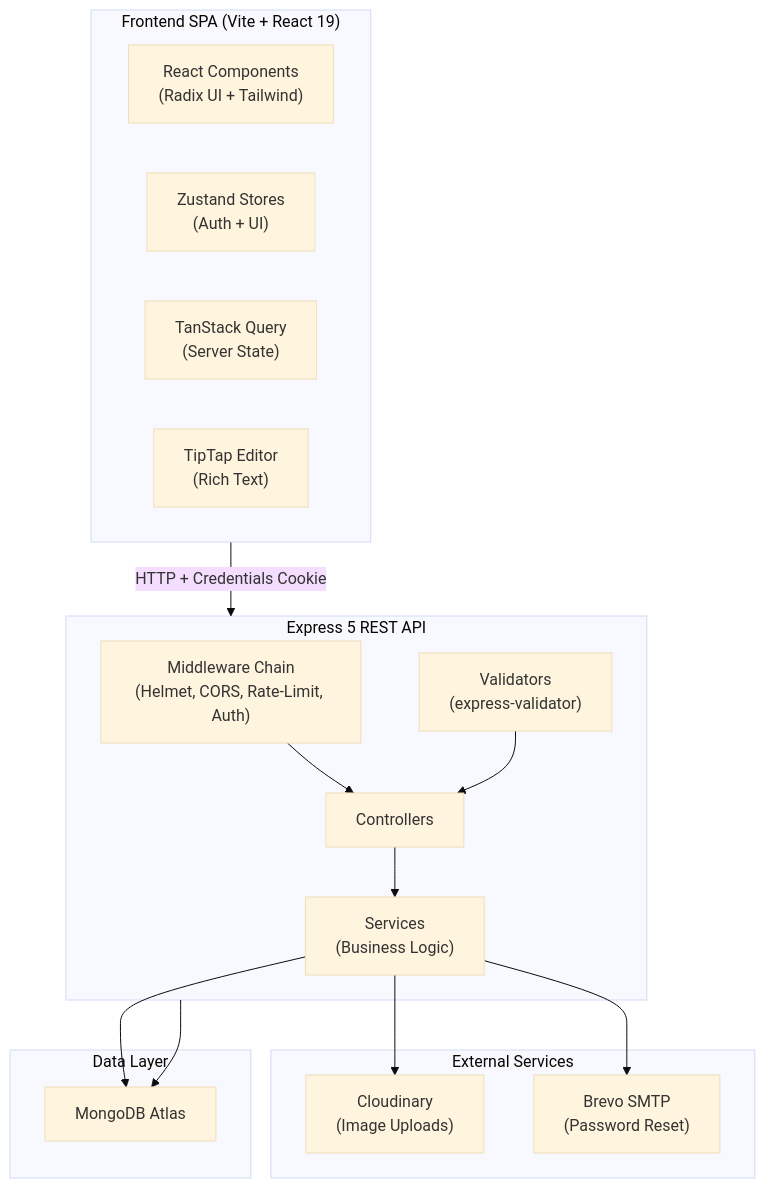
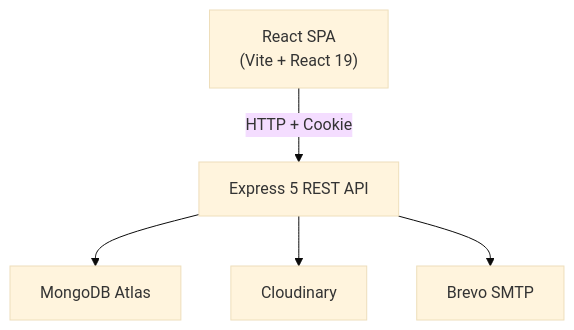
The first of 2 diagrams in README.md (Rafy-Tho/Notiva), drawn with Mermaid (base theme) before and after one commit. The commit also changed other lines of this file, not shown here.

Commit message:
docs: update README.md to refine project details, including versioning, tech stack, and project overview

````diff
--- a/README.md
+++ b/README.md
@@ -20,34 +16,7 @@
 ```mermaid
 flowchart TB
-    subgraph Client["Frontend SPA (Vite + React 19)"]
-        UI["React Components<br/>(Radix UI + Tailwind)"]
-        State["Zustand Stores<br/>(Auth + UI)"]
-        Query["TanStack Query<br/>(Server State)"]
-        Editor["TipTap Editor<br/>(Rich Text)"]
-    end
-
-    subgraph API["Express 5 REST API"]
-        MW["Middleware Chain<br/>(Helmet, CORS, Rate-Limit, Auth)"]
-        CTRL["Controllers"]
-        SVC["Services<br/>(Business Logic)"]
-        VAL["Validators<br/>(express-validator)"]
-    end
-
-    subgraph Ext["External Services"]
-        CDN["Cloudinary<br/>(Image Uploads)"]
-        MAIL["Brevo SMTP<br/>(Password Reset)"]
-    end
-
-    subgraph DB["Data Layer"]
-        MONGO["MongoDB Atlas"]
-    end
-
-    Client -->|"HTTP + Credentials Cookie"| API
-    API --> MONGO
-    CTRL --> SVC
-    SVC --> MONGO
-    SVC --> CDN
-    SVC --> MAIL
-    MW --> CTRL
-    VAL --> CTRL
+    Client["React SPA<br/>(Vite + React 19)"] -->|"HTTP + Cookie"| API["Express 5 REST API"]
+    API --> MONGO["MongoDB Atlas"]
+    API --> CDN["Cloudinary"]
+    API --> MAIL["Brevo SMTP"]
 ```
````
